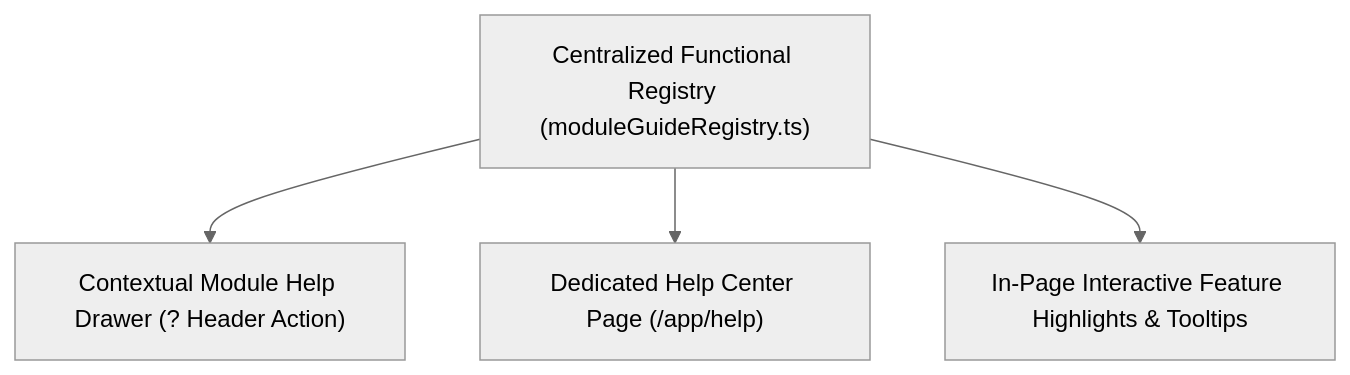
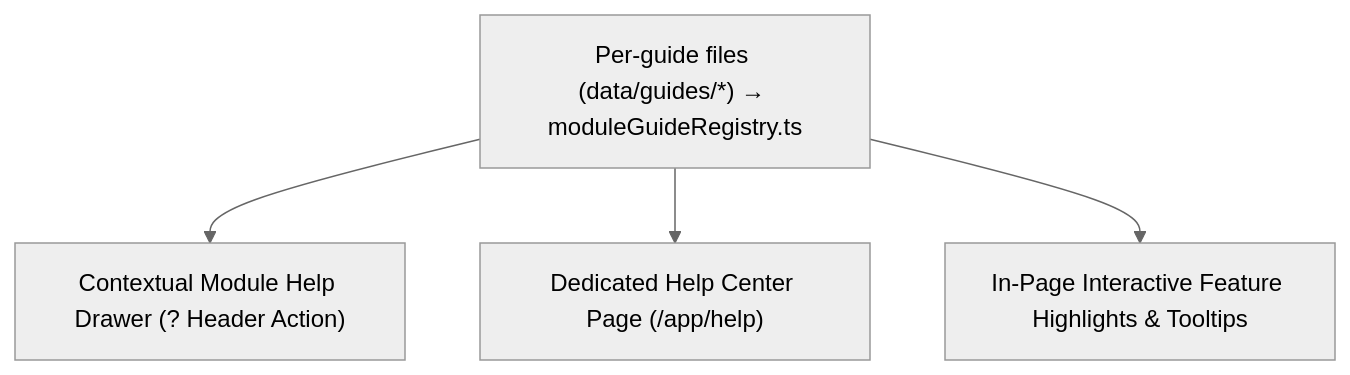
Before and after one commit to david-git-2/brandwala-wholesale-quasar-v2: the diagram in doc/HELP_CENTER.md, drawn with Mermaid (neutral theme). The commit also changed other lines of this file and 16 other files, not shown here.

````diff
--- a/doc/HELP_CENTER.md
+++ b/doc/HELP_CENTER.md
@@ -33,6 +33,6 @@
 ```mermaid
 graph TD
-    A["Centralized Functional Registry (moduleGuideRegistry.ts)"] --> B["Contextual Module Help Drawer (? Header Action)"]
+    A["Per-guide files (data/guides/*) → moduleGuideRegistry.ts"] --> B["Contextual Module Help Drawer (? Header Action)"]
     A --> C["Dedicated Help Center Page (/app/help)"]
     A --> D["In-Page Interactive Feature Highlights & Tooltips"]
 ```
````
